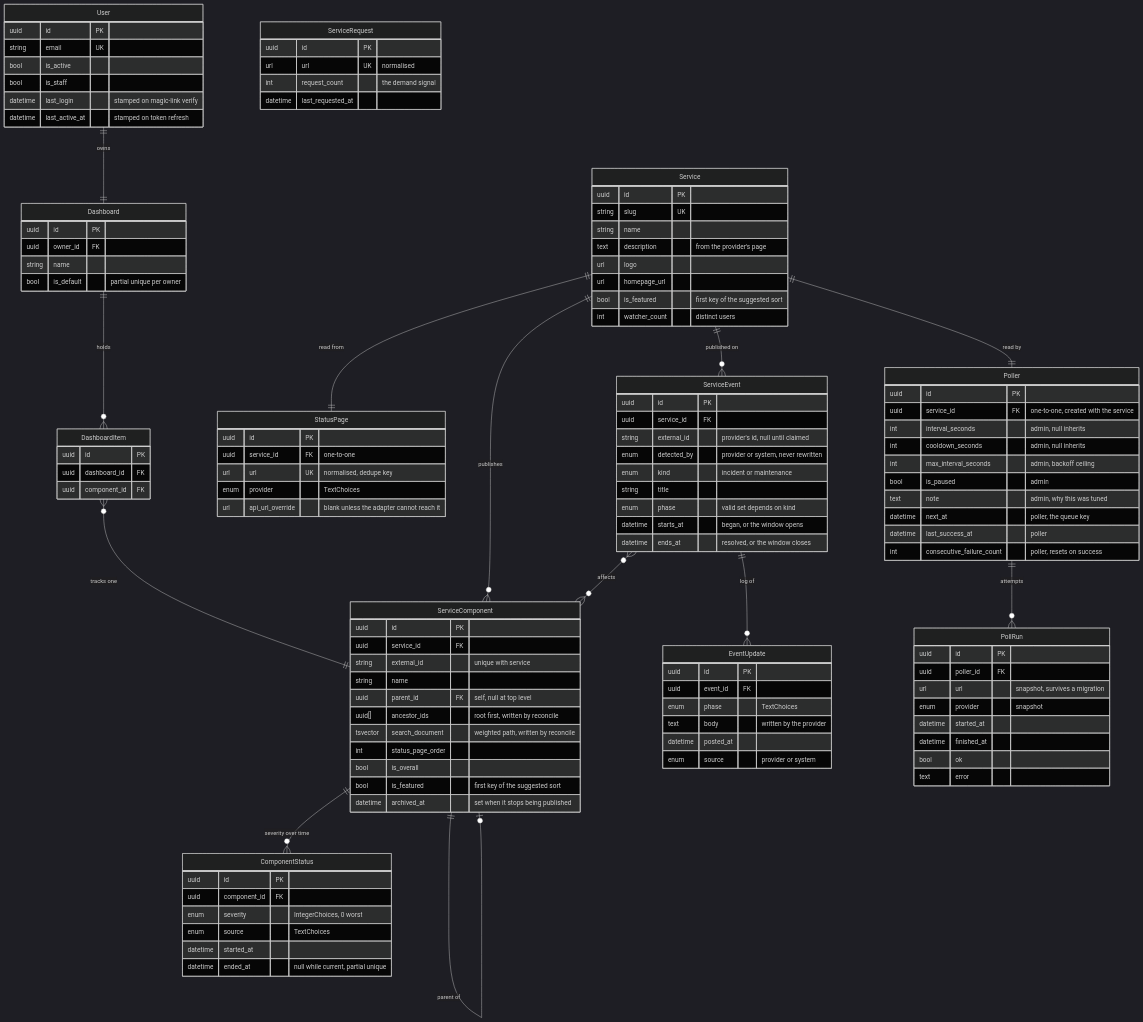
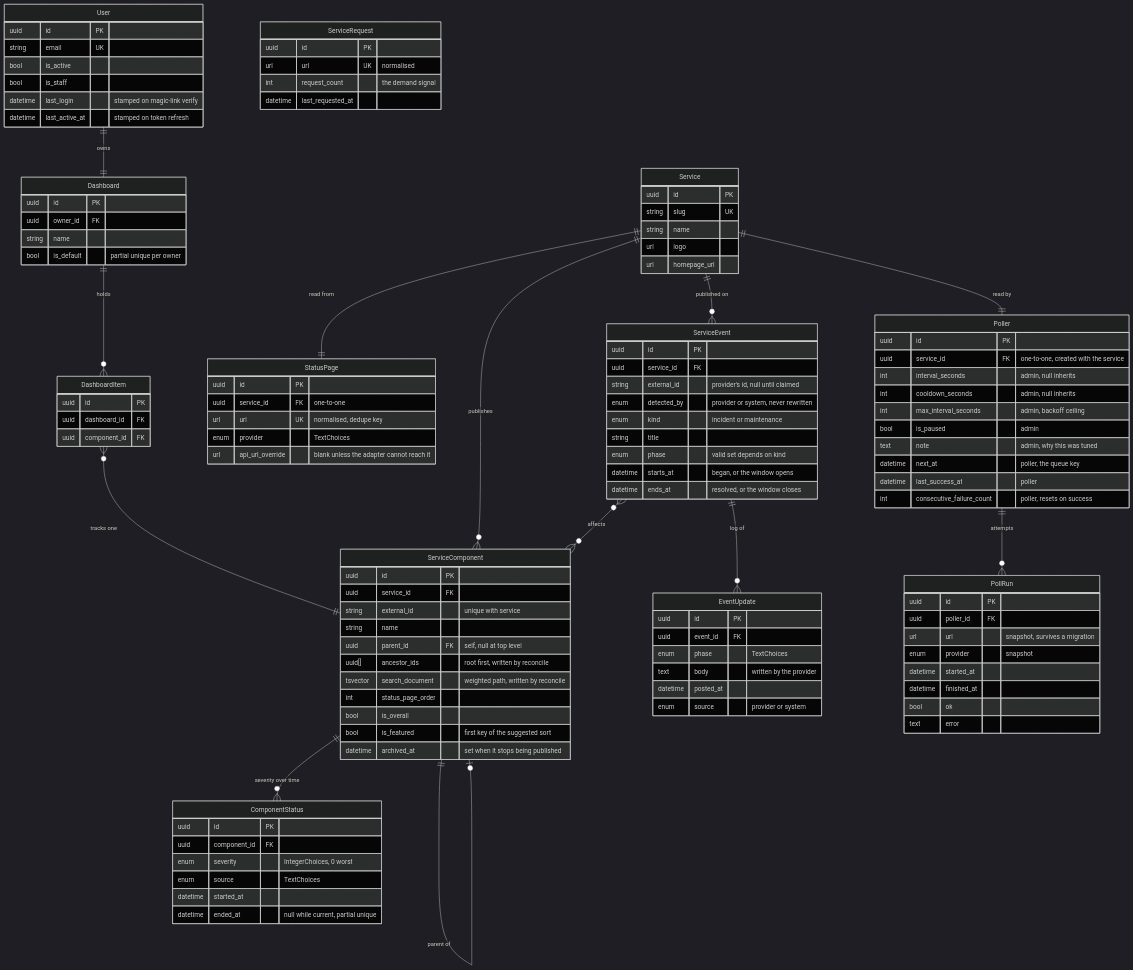
One commit to thalida/statusboard changed the second of 2 diagrams in docs/specs/2026-08-23-statusboard-design.md. Above: the diagram before and after it, drawn with Mermaid (dark theme). The commit also changed other lines of this file and 24 other files, not shown here.

```diff
--- a/docs/specs/2026-08-23-statusboard-design.md
+++ b/docs/specs/2026-08-23-statusboard-design.md
@@ -126,11 +126,8 @@
         uuid id PK
         string slug UK
         string name
-        text description "from the provider's page"
         url logo
         url homepage_url
-        bool is_featured "first key of the suggested sort"
-        int watcher_count "distinct users"
     }
     StatusPage {
         uuid id PK
```
